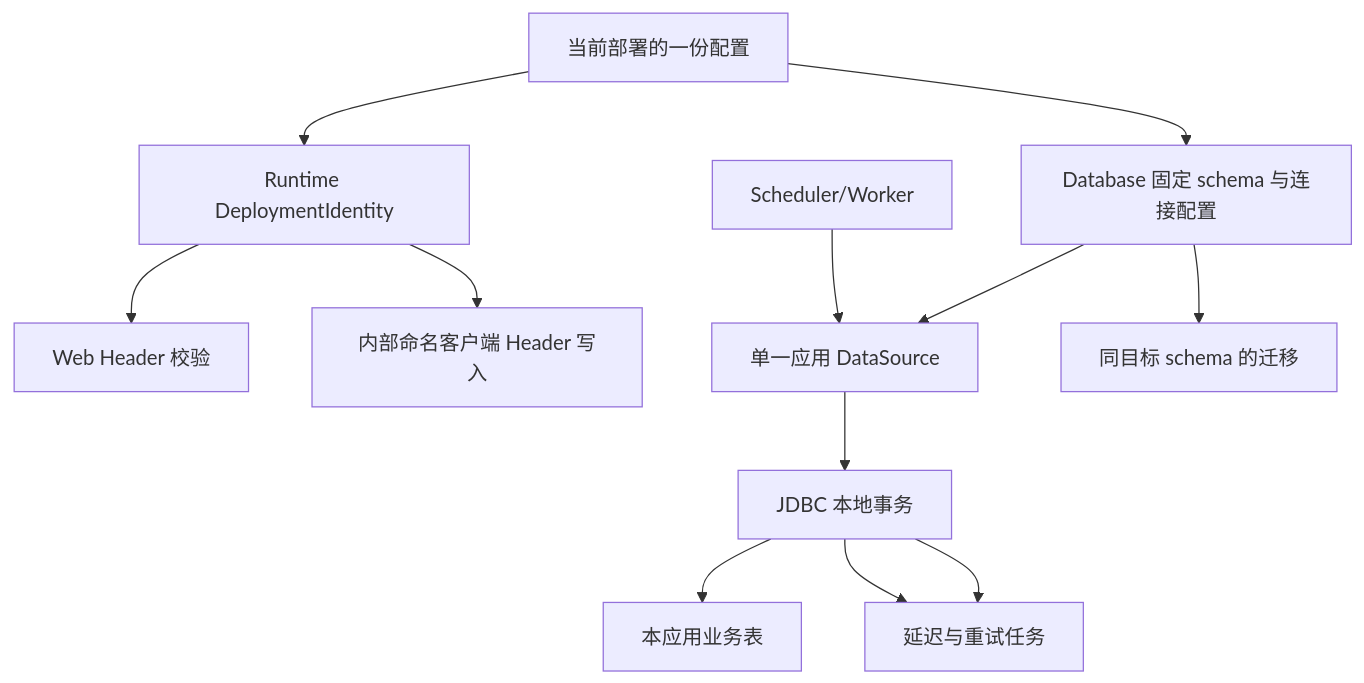
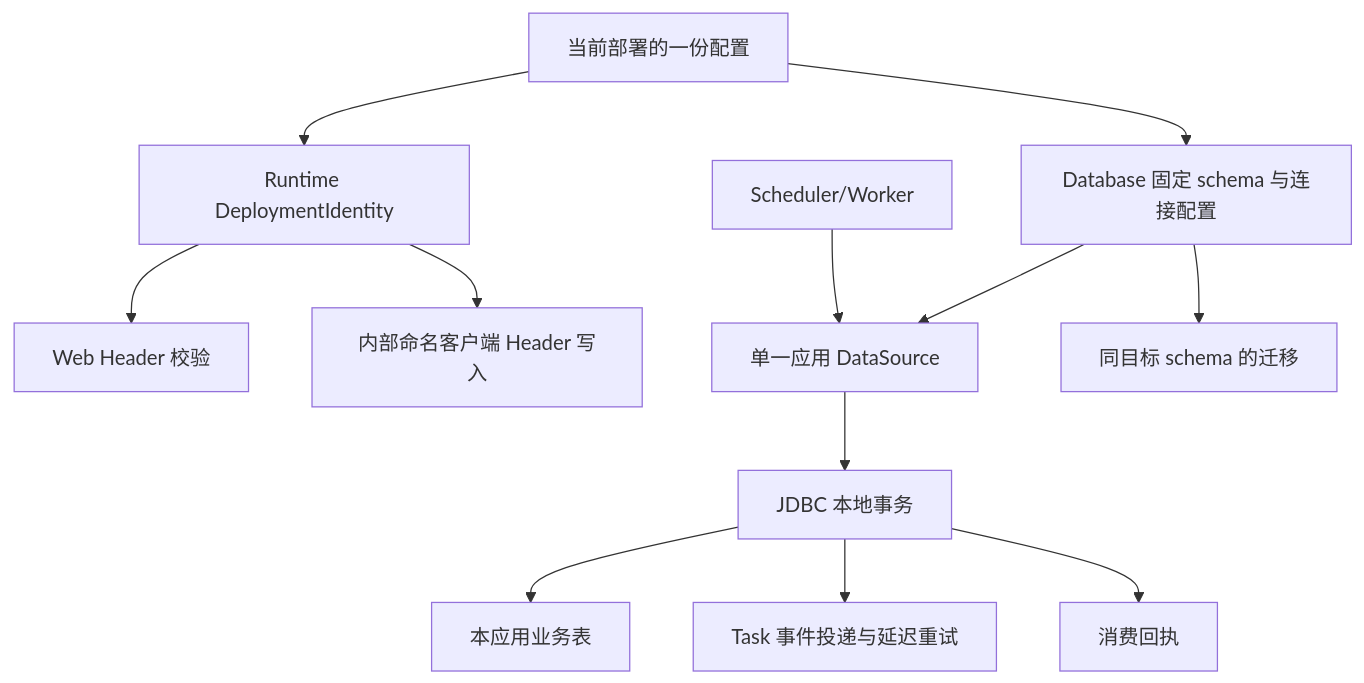
Before and after one commit to loadup-cloud/loadup-pay: the diagram in design/PHASE1B_IMPLEMENTATION.md, drawn with Mermaid. The commit also changed other lines of this file and 12 other files, not shown here.

````diff
--- a/design/PHASE1B_IMPLEMENTATION.md
+++ b/design/PHASE1B_IMPLEMENTATION.md
@@ -51,14 +48,14 @@
 ```mermaid
 flowchart TD
     Config[当前部署的一份配置] --> Identity[Runtime DeploymentIdentity]
     Config --> DBConfig[Database 固定 schema 与连接配置]
     Identity --> Web[Web Header 校验]
     Identity --> HTTP[内部命名客户端 Header 写入]
     DBConfig --> DS[单一应用 DataSource]
     DS --> TX[JDBC 本地事务]
     TX --> Business[本应用业务表]
-    TX --> Task[Task 与消费回执]
-    TX --> Task[延迟与重试任务]
+    TX --> Tasks[Task 事件投递与延迟重试]
+    TX --> Inbox[消费回执]
     Scheduler[Scheduler/Worker] --> DS
     DBConfig --> Flyway[同目标 schema 的迁移]
 ```
````
